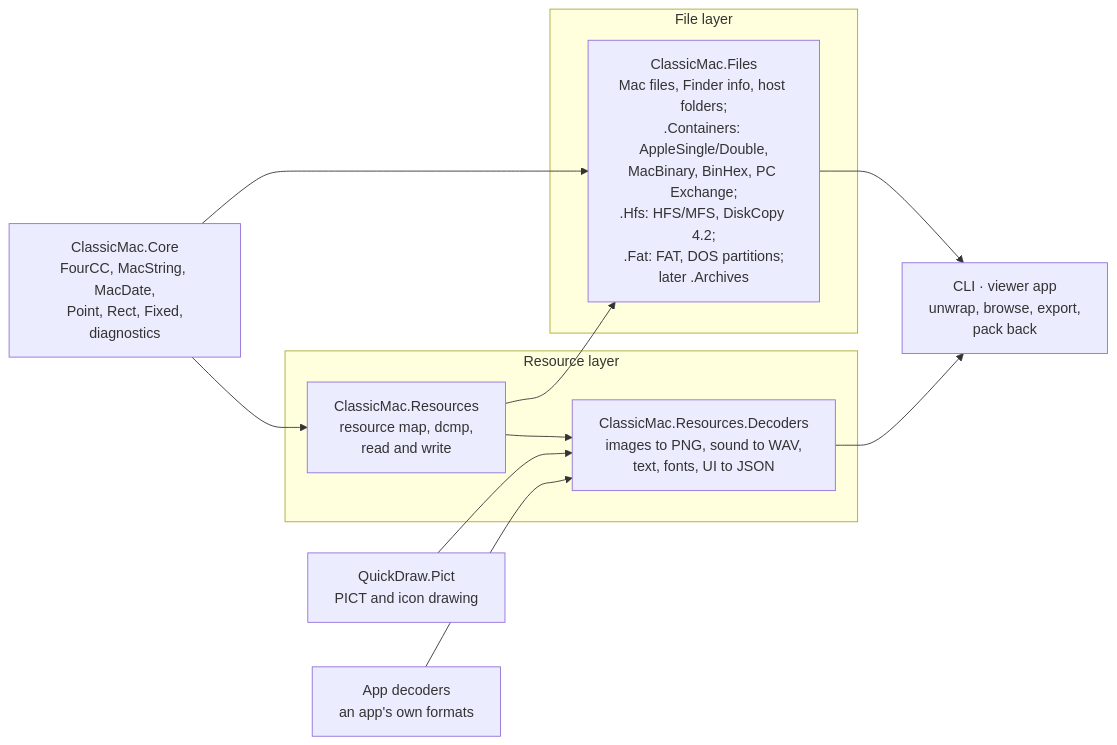
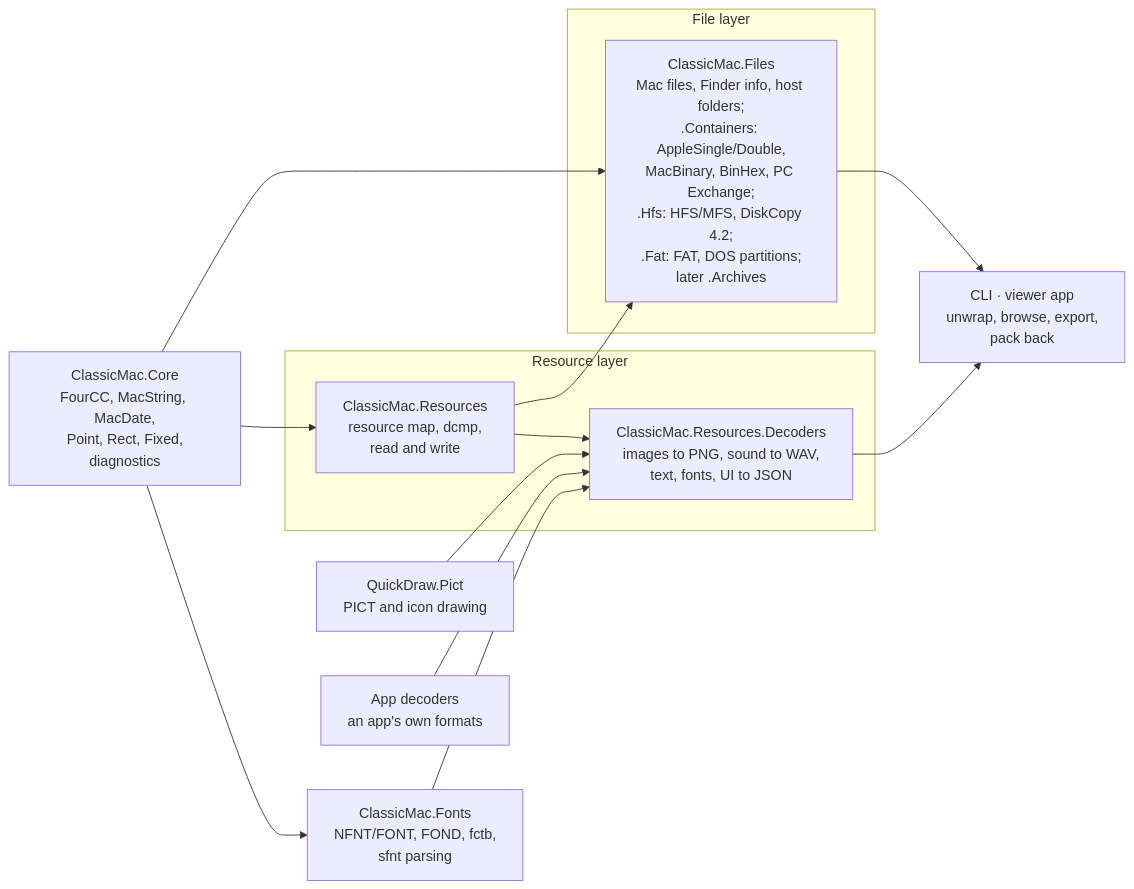
The diagram in docs/PLAN.md (inexin/ClassicMac), drawn with Mermaid before and after one commit. The commit also changed other lines of this file and 29 other files, not shown here.

Commit message:
ClassicMac.Fonts: NFNT/FONT strikes, FOND families, fctb, sfnt; font decoders (glyph sheet, BDF, JSON, TTF); FONTS.md; PLAN: the fonts package decided

````diff
--- a/docs/PLAN.md
+++ b/docs/PLAN.md
@@ -311,18 +311,20 @@
 ```mermaid
 flowchart LR
     B["ClassicMac.Core<br/>FourCC, MacString, MacDate,<br/>Point, Rect, Fixed,<br/>diagnostics"]
     subgraph filelayer["File layer"]
         F["ClassicMac.Files<br/>Mac files, Finder info, host folders;<br/>.Containers: AppleSingle/Double,<br/>MacBinary, BinHex, PC Exchange;<br/>.Hfs: HFS/MFS, DiskCopy 4.2;<br/>.Fat: FAT, DOS partitions;<br/>later .Archives"]
     end
     subgraph resourcelayer["Resource layer"]
         M["ClassicMac.Resources<br/>resource map, dcmp,<br/>read and write"]
         D["ClassicMac.Resources.Decoders<br/>images to PNG, sound to WAV,<br/>text, fonts, UI to JSON"]
     end
+    T["ClassicMac.Fonts<br/>NFNT/FONT, FOND, fctb,<br/>sfnt parsing"]
     E["CLI · viewer app<br/>unwrap, browse, export,<br/>pack back"]
-    B --> F & M
+    B --> F & M & T
+    T --> D
     M --> F
     M --> D
     F & D --> E
     Q["QuickDraw.Pict<br/>PICT and icon drawing"] --> D
     A["App decoders<br/>an app's own formats"] --> D
 ```
````
